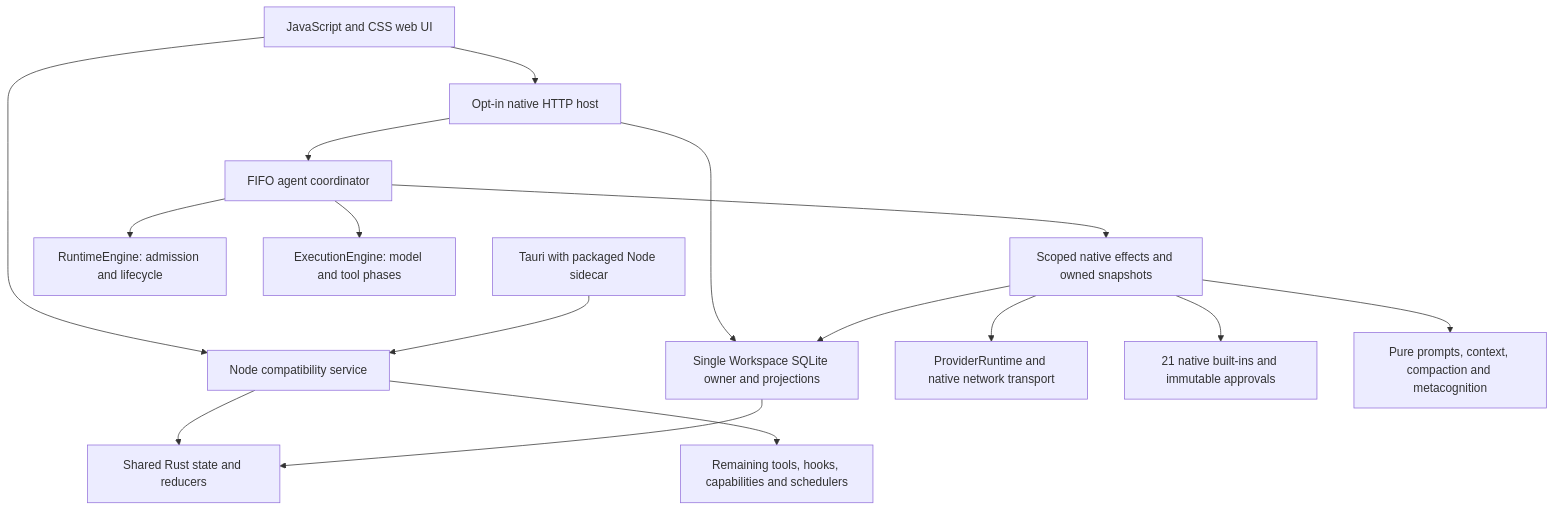
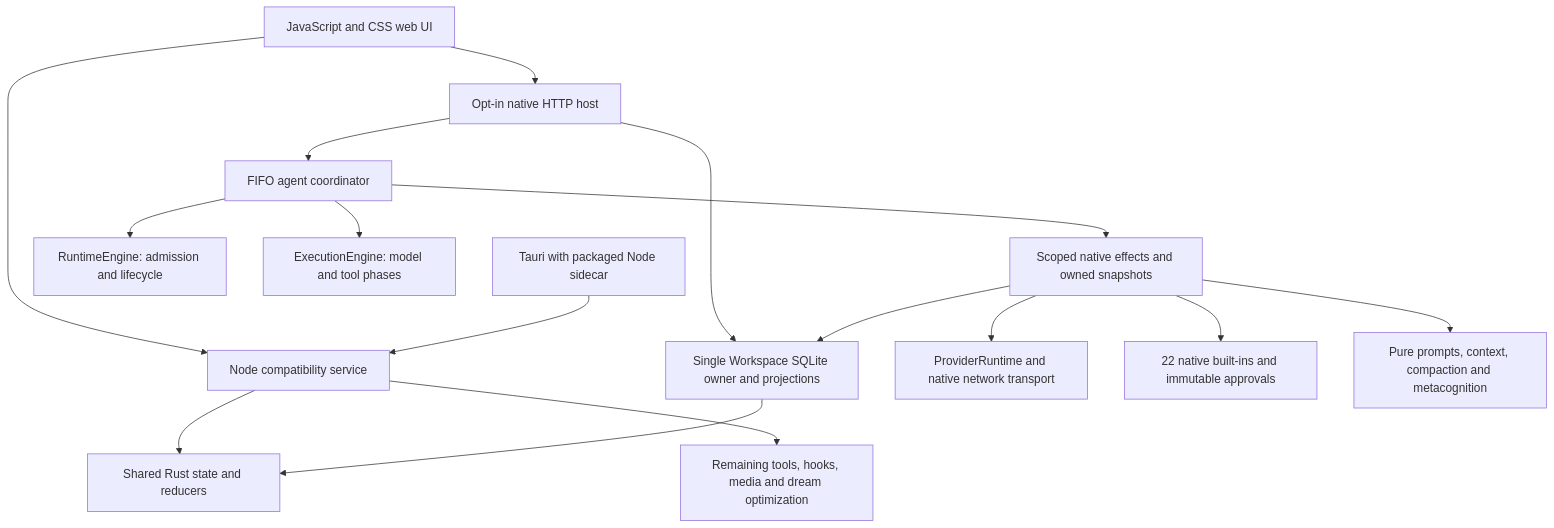
The diagram in Tepora-v3/docs/ARCHITECTURE.md (coco4atJP/Tepora-alpha), drawn with Mermaid before and after one commit. The commit also changed other lines of this file and 22 other files, not shown here.

````diff
--- a/Tepora-v3/docs/ARCHITECTURE.md
+++ b/Tepora-v3/docs/ARCHITECTURE.md
@@ -7,18 +7,18 @@
 ```mermaid
 flowchart TD
     UI[JavaScript and CSS web UI] --> Node[Node compatibility service]
     UI --> Native[Opt-in native HTTP host]
     Desktop[Tauri with packaged Node sidecar] --> Node
     Node --> Core[Shared Rust state and reducers]
     Native --> Workspace[Single Workspace SQLite owner and projections]
     Workspace --> Core
     Native --> Actor[FIFO agent coordinator]
     Actor --> Runtime[RuntimeEngine: admission and lifecycle]
     Actor --> Execution[ExecutionEngine: model and tool phases]
     Actor --> Host[Scoped native effects and owned snapshots]
     Host --> Provider[ProviderRuntime and native network transport]
-    Host --> Tools[21 native built-ins and immutable approvals]
+    Host --> Tools[22 native built-ins and immutable approvals]
     Host --> Harness[Pure prompts, context, compaction and metacognition]
     Host --> Workspace
-    Node --> Compatibility[Remaining tools, hooks, capabilities and schedulers]
+    Node --> Compatibility[Remaining tools, hooks, media and dream optimization]
 ```
````
